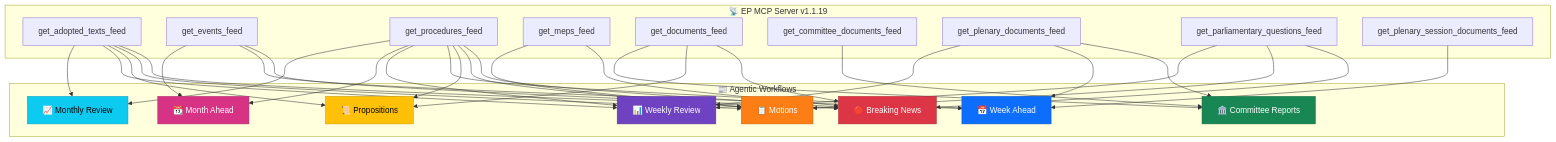
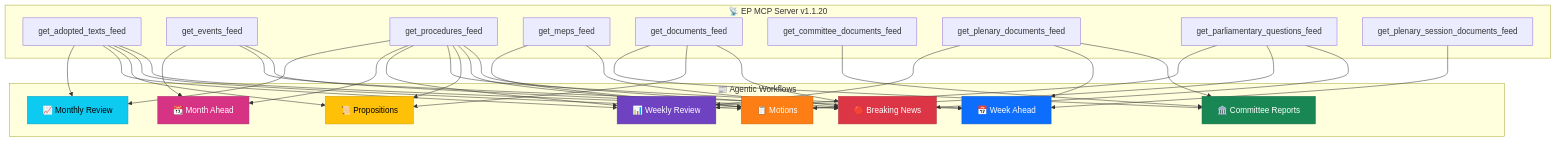
The third of 5 diagrams in analysis/README.md (Hack23/euparliamentmonitor), drawn with Mermaid before and after one commit. The commit also changed other lines of this file and 24 other files, not shown here.

First line of the commit message:
chore: update european-parliament-mcp-server from 1.1.19 to 1.1.20 across all workflows and docs

````diff
--- a/analysis/README.md
+++ b/analysis/README.md
@@ -225,44 +225,44 @@
 ```mermaid
 flowchart TD
-    subgraph "📡 EP MCP Server v1.1.19"
+    subgraph "📡 EP MCP Server v1.1.20"
         F1["get_adopted_texts_feed"]
         F2["get_events_feed"]
         F3["get_procedures_feed"]
         F4["get_meps_feed"]
         F5["get_documents_feed"]
         F6["get_committee_documents_feed"]
         F7["get_plenary_documents_feed"]
         F8["get_parliamentary_questions_feed"]
         F9["get_plenary_session_documents_feed"]
     end
 
     subgraph "📰 Agentic Workflows"
         W1["🔴 Breaking News"]
         W2["📋 Motions"]
         W3["📜 Propositions"]
         W4["🏛️ Committee Reports"]
         W5["📅 Week Ahead"]
         W6["📊 Weekly Review"]
         W7["📆 Month Ahead"]
         W8["📈 Monthly Review"]
     end
 
     F1 --> W1 & W2 & W3 & W6 & W8
     F2 --> W1 & W5 & W7
     F3 --> W1 & W2 & W3 & W5 & W6 & W7 & W8
     F4 --> W1 & W2
     F5 --> W1 & W3 & W4
     F6 --> W4
     F7 --> W4 & W5 & W6
     F8 --> W1 & W2 & W6
     F9 --> W5
 
     style W1 fill:#dc3545,stroke:#b02a37,color:#fff
     style W2 fill:#fd7e14,stroke:#ca6510,color:#fff
     style W3 fill:#ffc107,stroke:#cc9a06,color:#000
     style W4 fill:#198754,stroke:#146c43,color:#fff
     style W5 fill:#0d6efd,stroke:#0a58ca,color:#fff
     style W6 fill:#6f42c1,stroke:#59359a,color:#fff
     style W7 fill:#d63384,stroke:#ab296a,color:#fff
     style W8 fill:#0dcaf0,stroke:#0aa2c0,color:#000
 ```
````
